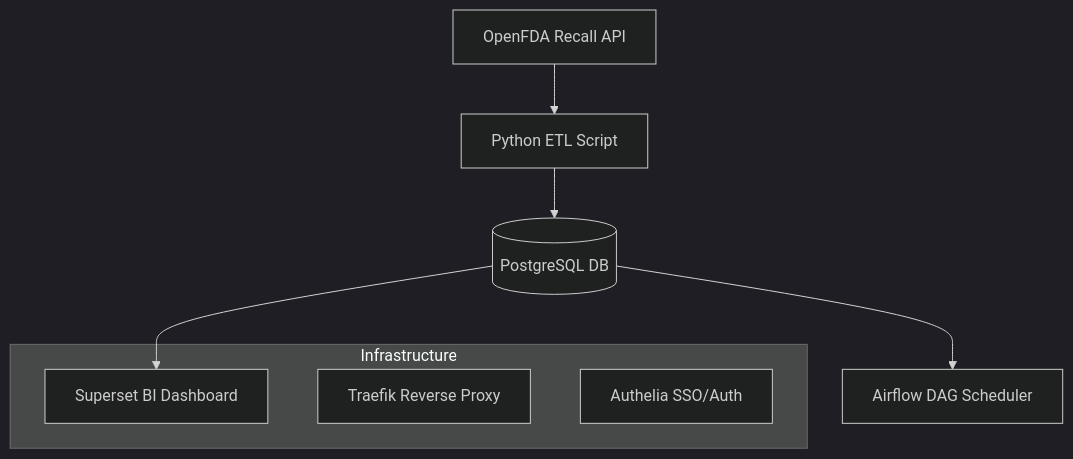
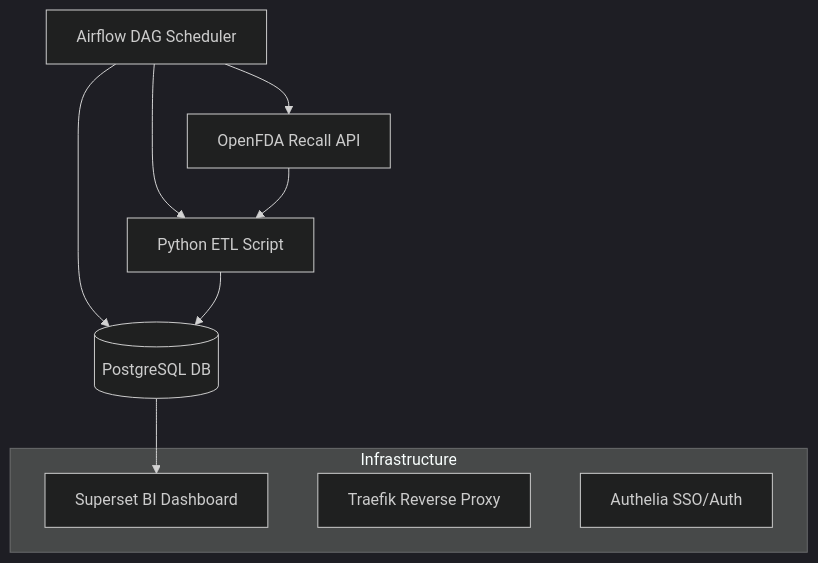
One commit to azra3l05/fda-recall-dashboard changed the first of 2 diagrams in README.md. Above: the diagram before and after it, drawn with Mermaid (dark theme).

````diff
--- a/README.md
+++ b/README.md
@@ -29,14 +29,16 @@
 ```mermaid
 graph TD;
     API[OpenFDA Recall API]
+    Airflow[Airflow DAG Scheduler] --> API
+    Airflow[Airflow DAG Scheduler] --> fetch
+    Airflow[Airflow DAG Scheduler] --> Postgres
     API --> fetch[Python ETL Script]
     fetch --> Postgres[(PostgreSQL DB)]
-    Postgres --> Airflow[Airflow DAG Scheduler]
     Postgres --> Superset[Superset BI Dashboard]
 
     subgraph Infrastructure
         Superset
         Traefik[Traefik Reverse Proxy]
         Authelia[Authelia SSO/Auth]
     end
 ```
````
